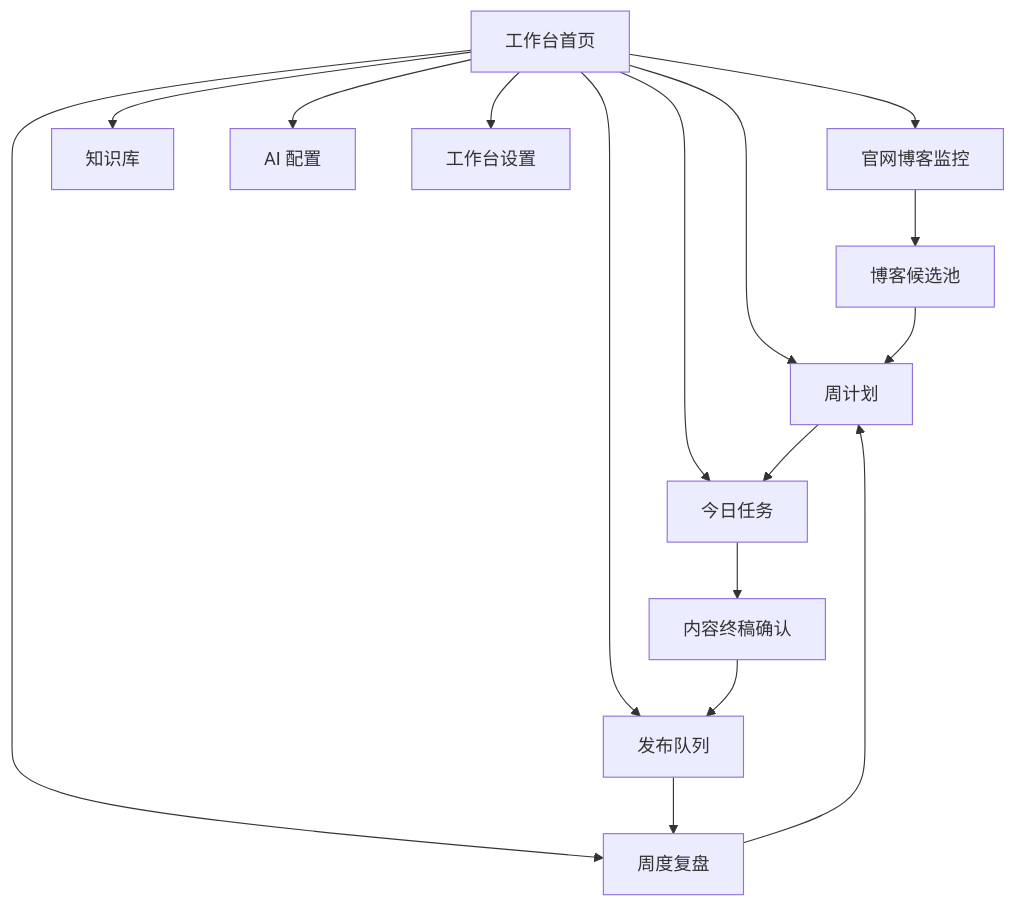
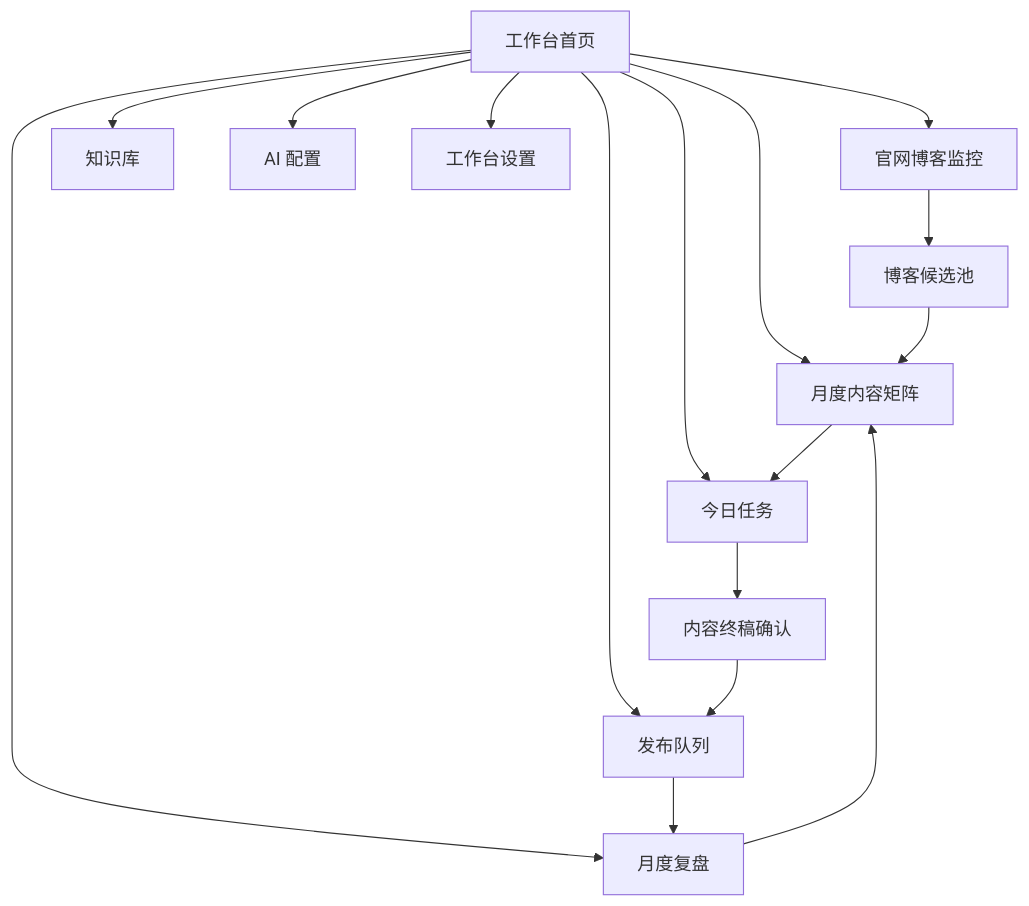
Before and after one commit to 1736280642-Star/gtm-content-growth-workbench: the first of 3 diagrams in design/low-fi-prototype.md, drawn with Mermaid. The commit also changed other lines of this file and 213 other files, not shown here.

Commit message:
feat: consolidate V5 workbench production flow

````diff
--- a/design/low-fi-prototype.md
+++ b/design/low-fi-prototype.md
@@ -16,19 +16,19 @@
 ```mermaid
 flowchart TD
-    A["工作台首页"] --> B["周计划"]
+    A["工作台首页"] --> B["月度内容矩阵"]
     A --> C["今日任务"]
     A --> D["发布队列"]
     A --> E["官网博客监控"]
-    A --> G["周度复盘"]
+    A --> G["月度复盘"]
     A --> H["知识库"]
     A --> I["AI 配置"]
     A --> J["工作台设置"]
 
     B --> C
     C --> K["内容终稿确认"]
     K --> D
     D --> G
     E --> L["博客候选池"]
     L --> B
     G --> B
 ```
````
